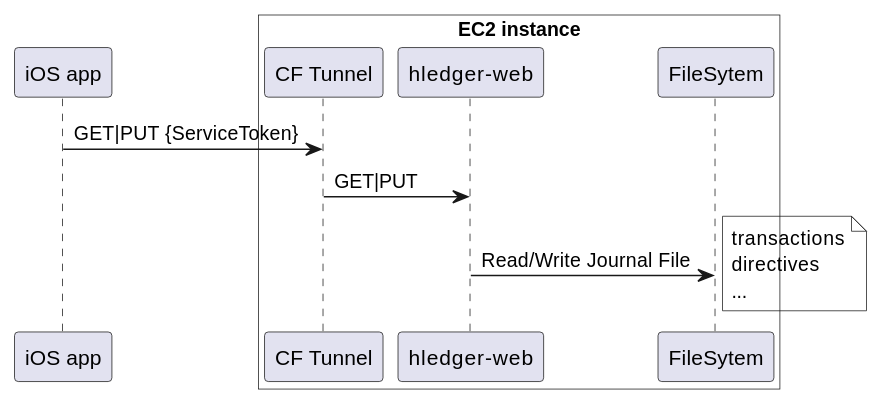
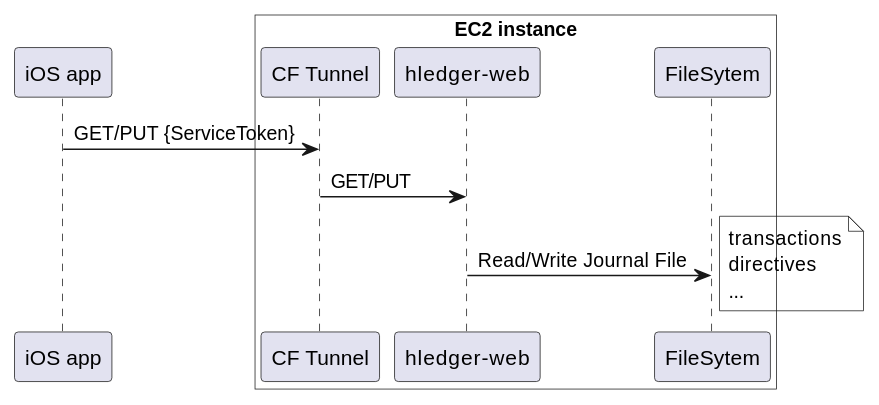
Before and after one commit to sdqali/site: the first of 2 diagrams in content/blog/2025-11-19-my-hledger-setup.markdown, drawn with PlantUML. The commit also changed other lines of this file and 2 other files, not shown here.

```diff
--- a/content/blog/2025-11-19-my-hledger-setup.markdown
+++ b/content/blog/2025-11-19-my-hledger-setup.markdown
@@ -30,20 +30,20 @@
 {{< plantuml id="eg" >}}
 @startuml
 skinparam BackgroundColor transparent
 skinparam SequenceBoxBackgroundColor transparent
 participant "iOS app" as app
 box EC2 instance
 participant "CF Tunnel" as cft
 participant "hledger-web" as hlw
 participant "FileSytem" as fs
 end box
-app -> cft : GET|PUT {ServiceToken}
-cft -> hlw: GET|PUT
+app -> cft : GET/PUT {ServiceToken}
+cft -> hlw: GET/PUT
 hlw -> fs: Read/Write Journal File
 note right #transparent
 transactions
 directives
 ...
 end note
 @enduml
 {{< /plantuml >}}
```
